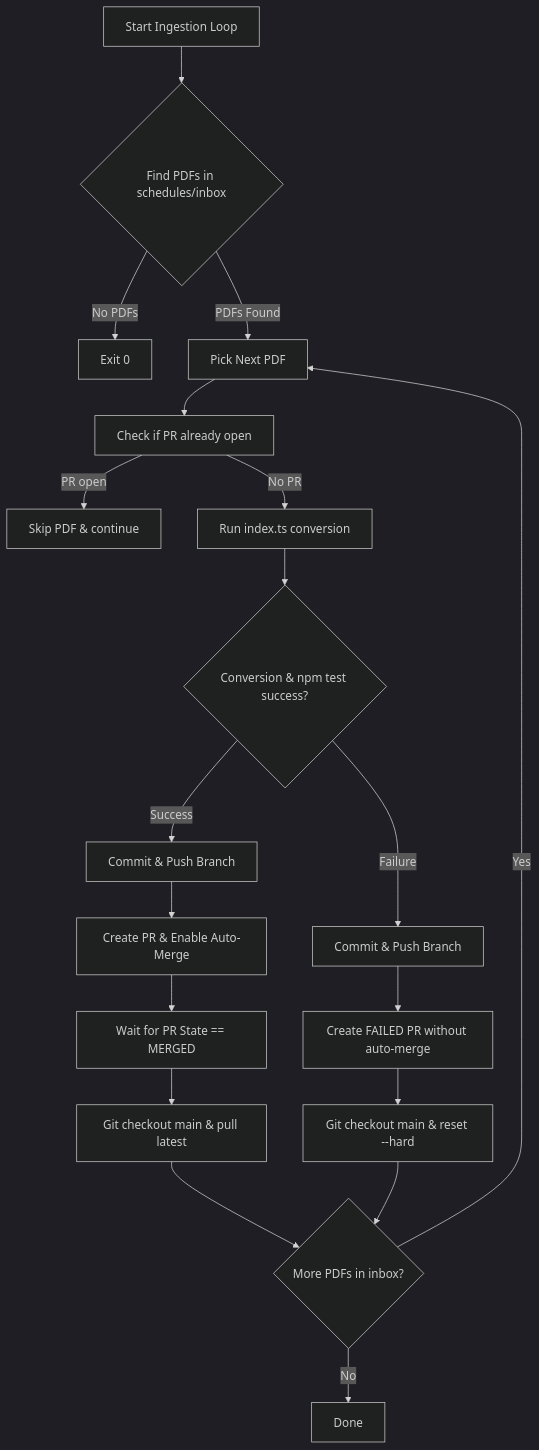
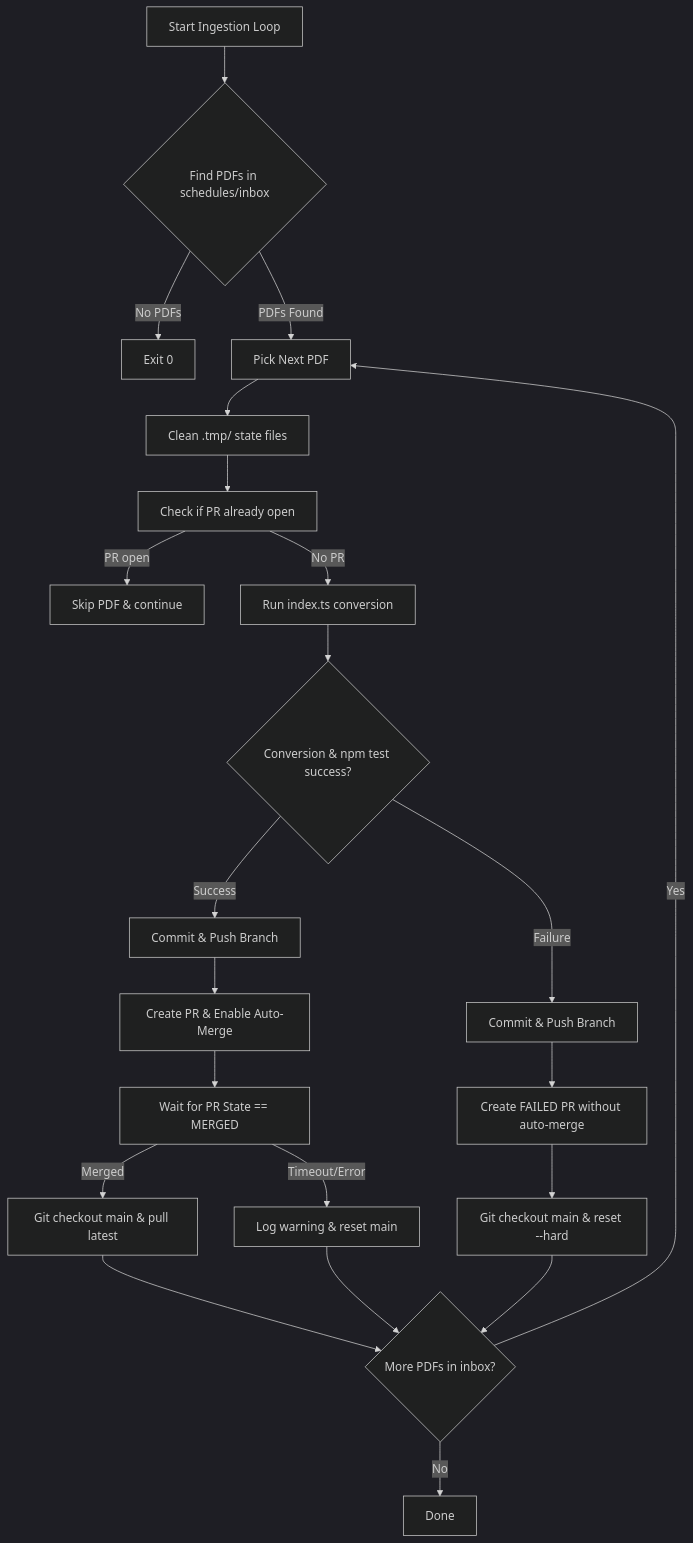
One commit to emmby/LairPages changed the diagram in docs/superpowers/specs/2026-08-01-sequential-ingestion-pipeline-design.md. Above: the diagram before and after it, drawn with Mermaid (dark theme). The commit also changed other lines of this file, not shown here.

````diff
--- a/docs/superpowers/specs/2026-08-01-sequential-ingestion-pipeline-design.md
+++ b/docs/superpowers/specs/2026-08-01-sequential-ingestion-pipeline-design.md
@@ -16,21 +17,24 @@
 ```mermaid
 flowchart TD
     A[Start Ingestion Loop] --> B{Find PDFs in schedules/inbox}
     B -->|No PDFs| C[Exit 0]
     B -->|PDFs Found| D[Pick Next PDF]
-    D --> E[Check if PR already open]
-    E -->|PR open| F[Skip PDF & continue]
-    E -->|No PR| G[Run index.ts conversion]
-    G --> H{Conversion & npm test success?}
-    H -->|Success| I[Commit & Push Branch]
-    I --> J[Create PR & Enable Auto-Merge]
-    J --> K[Wait for PR State == MERGED]
-    K --> L[Git checkout main & pull latest]
-    L --> M{More PDFs in inbox?}
-    H -->|Failure| N[Commit & Push Branch]
-    N --> O[Create FAILED PR without auto-merge]
-    O --> P[Git checkout main & reset --hard]
-    P --> M
-    M -->|Yes| D
-    M -->|No| Q[Done]
+    D --> E[Clean .tmp/ state files]
+    E --> F[Check if PR already open]
+    F -->|PR open| G[Skip PDF & continue]
+    F -->|No PR| H[Run index.ts conversion]
+    H --> I{Conversion & npm test success?}
+    I -->|Success| J[Commit & Push Branch]
+    J --> K[Create PR & Enable Auto-Merge]
+    K --> L[Wait for PR State == MERGED]
+    L -->|Merged| M[Git checkout main & pull latest]
+    L -->|Timeout/Error| N[Log warning & reset main]
+    M --> O{More PDFs in inbox?}
+    N --> O
+    I -->|Failure| P[Commit & Push Branch]
+    P --> Q[Create FAILED PR without auto-merge]
+    Q --> R[Git checkout main & reset --hard]
+    R --> O
+    O -->|Yes| D
+    O -->|No| S[Done]
 ```
````
